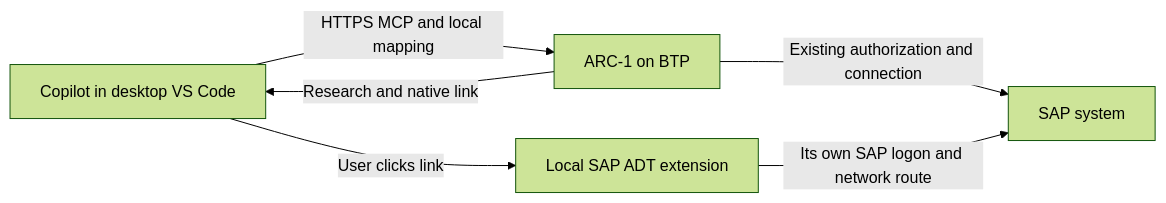
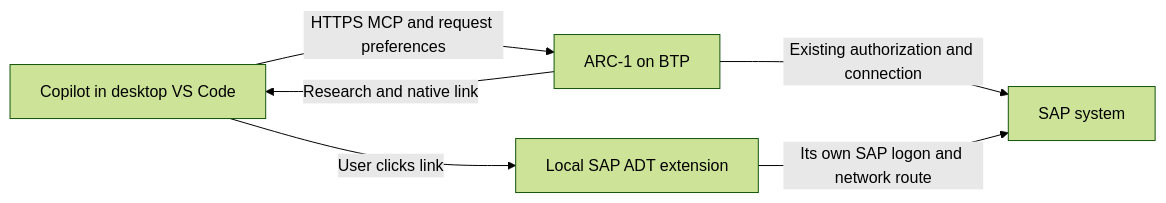
Before and after one commit to abat-kek/arc-1: the diagram in docs/research/2026-10-18-btp-native-ide-links.md, drawn with Mermaid (forest theme). The commit also changed other lines of this file and 18 other files, not shown here.

Commit message:
feat: support per-request VS Code destination mapping over HTTP

````diff
--- a/docs/research/2026-10-18-btp-native-ide-links.md
+++ b/docs/research/2026-10-18-btp-native-ide-links.md
@@ -21,8 +17,8 @@
 ```mermaid
 flowchart LR
-    C[Copilot in desktop VS Code] -->|HTTPS MCP and local mapping| B[ARC-1 on BTP]
+    C[Copilot in desktop VS Code] -->|HTTPS MCP and request preferences| B[ARC-1 on BTP]
     B -->|Existing authorization and connection| S[SAP system]
     B -->|Research and native link| C
     C -->|User clicks link| A[Local SAP ADT extension]
     A -->|Its own SAP logon and network route| S
 ```
````
